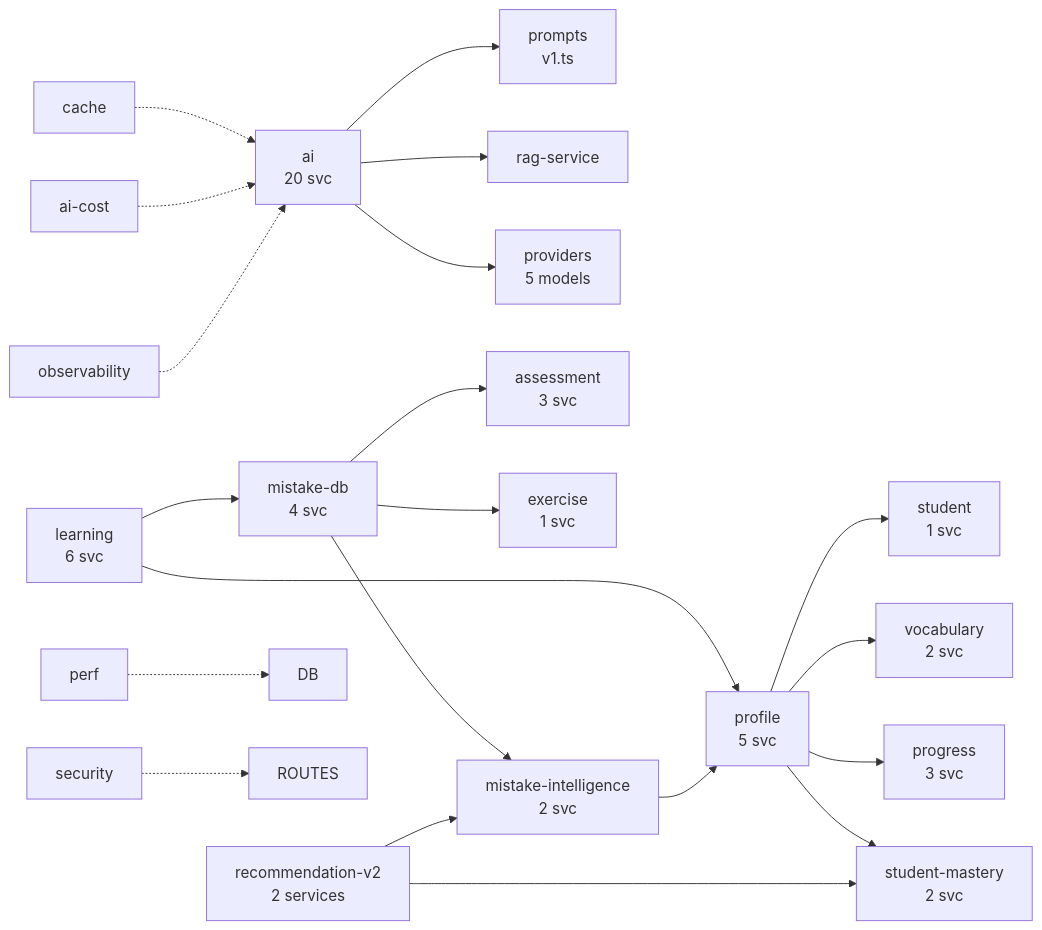
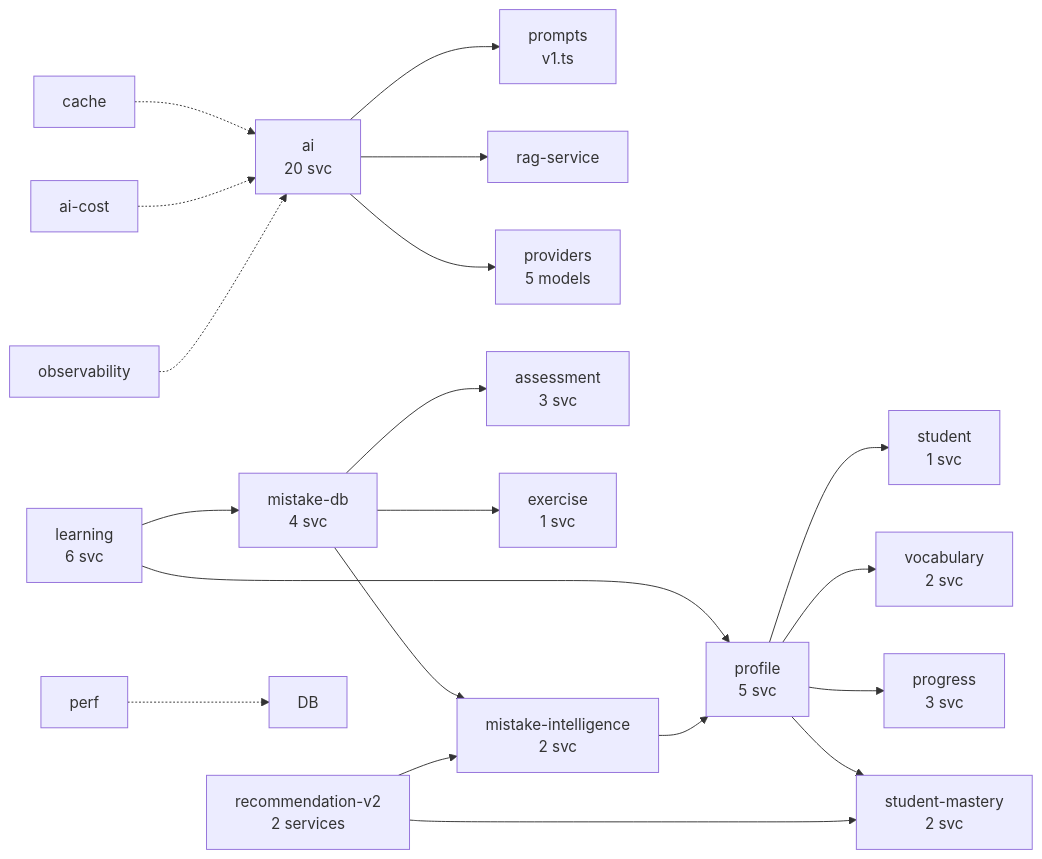
One commit to ipwh/ai-english-platform changed the second of 3 diagrams in docs/ARCHITECTURE.md. Above: the diagram before and after it, drawn with Mermaid. The commit also changed other lines of this file and 53 other files, not shown here.

````diff
--- a/docs/ARCHITECTURE.md
+++ b/docs/ARCHITECTURE.md
@@ -71,29 +70,28 @@
 ```mermaid
 graph LR
     AI[ai<br/>20 svc] --> PROMPTS[prompts<br/>v1.ts]
     AI --> RAG[rag-service]
     AI --> PROVIDERS[providers<br/>5 models]
 
     LEARNING[learning<br/>6 svc] --> PROFILE[profile<br/>5 svc]
     LEARNING --> MISTAKE[mistake-db<br/>4 svc]
 
     PROFILE --> STUDENT[student<br/>1 svc]
     PROFILE --> VOCAB[vocabulary<br/>2 svc]
     PROFILE --> PROGRESS[progress<br/>3 svc]
     PROFILE --> MASTERY[student-mastery<br/>2 svc]
 
     MISTAKE --> ASSESS[assessment<br/>3 svc]
     MISTAKE --> EXERCISE[exercise<br/>1 svc]
     MISTAKE --> MISTAKE_INTEL[mistake-intelligence<br/>2 svc]
 
     MISTAKE_INTEL --> PROFILE
 
     RECO_V2[recommendation-v2<br/>2 services] --> MASTERY
     RECO_V2 --> MISTAKE_INTEL
 
     CACHE[cache] -.-> AI
     COST[ai-cost] -.-> AI
     PERF[perf] -.-> DB
-    SEC[security] -.-> ROUTES
     OBS[observability] -.-> AI
 ```
````
